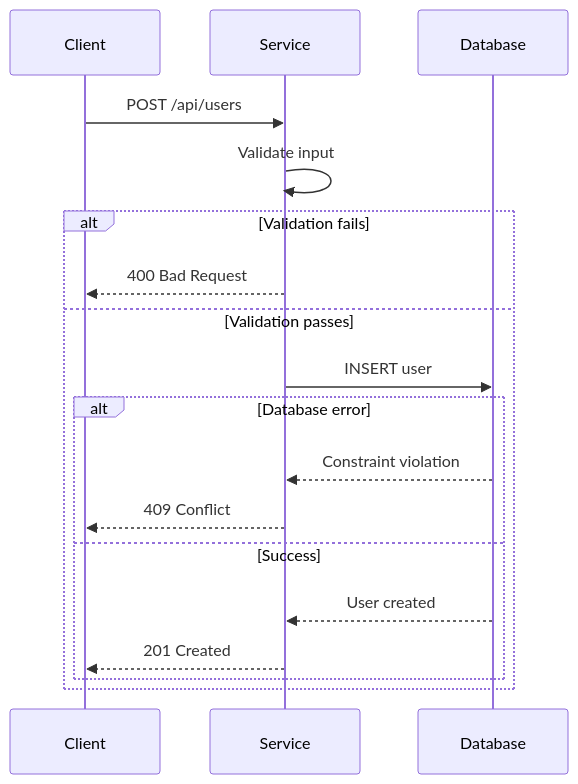
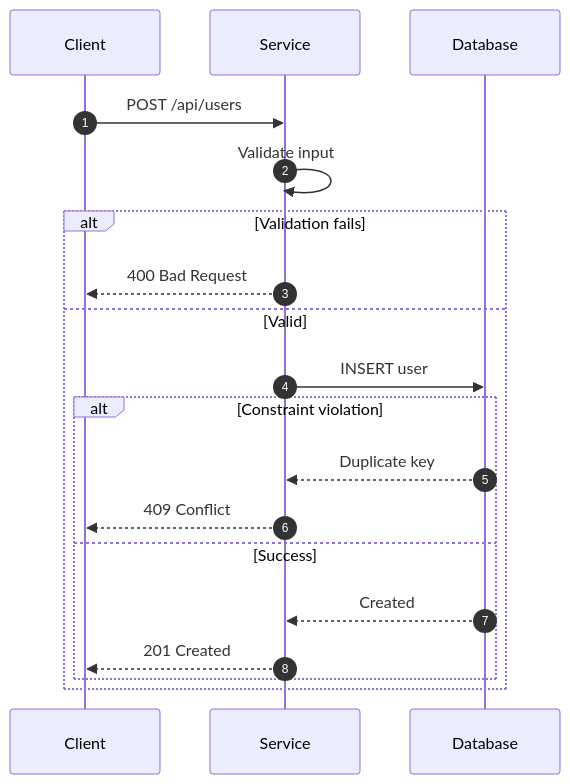
One commit to cosmix/loom changed the third of 8 diagrams in skills/loom-diagramming/SKILL.md. Above: the diagram before and after it, drawn with Mermaid. The commit also changed other lines of this file and 23 other files, not shown here.

````diff
--- a/skills/loom-diagramming/SKILL.md
+++ b/skills/loom-diagramming/SKILL.md
@@ -229,22 +115,21 @@
 ```mermaid
 sequenceDiagram
+    autonumber
     participant C as Client
     participant S as Service
     participant D as Database
-
     C->>S: POST /api/users
     S->>S: Validate input
-
     alt Validation fails
         S-->>C: 400 Bad Request
-    else Validation passes
+    else Valid
         S->>D: INSERT user
-        alt Database error
-            D-->>S: Constraint violation
+        alt Constraint violation
+            D-->>S: Duplicate key
             S-->>C: 409 Conflict
         else Success
-            D-->>S: User created
+            D-->>S: Created
             S-->>C: 201 Created
         end
     end
 ```
````
